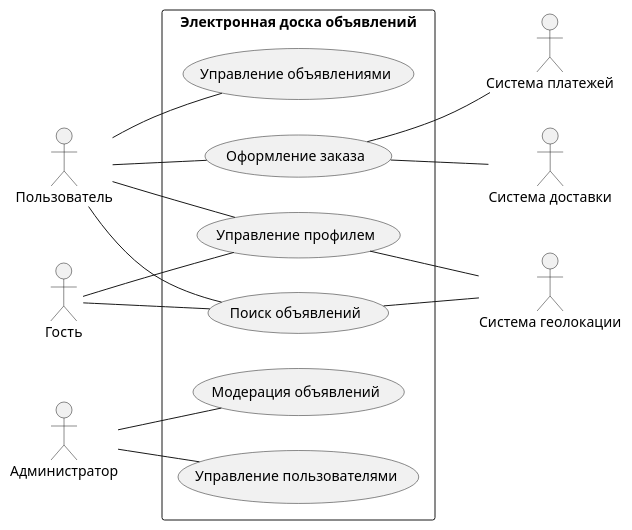
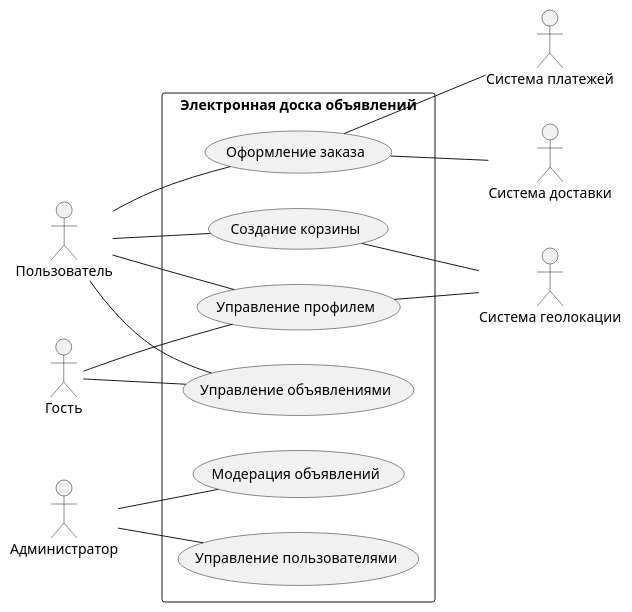
The diagram in Диаграмма прецедентов.md (penamarth/bsbo-02-23_team3_var13_messboard), drawn with PlantUML before and after one commit.

Commit message:
Update Диаграмма прецедентов

````diff
--- a/Диаграмма прецедентов.md
+++ b/Диаграмма прецедентов.md
@@ -1,32 +1,32 @@
 ```plantuml
 @startuml
 skinparam packageStyle rect
 left to right direction
 
 :Пользователь:
 :Администратор:
 :Гость:
 :Система доставки:
 :Система платежей:
 :Система геолокации:
 
 package "Электронная доска объявлений" {
 
-:Гость: -- (Поиск объявлений)
+:Гость: -- (Управление объявлениями)
 :Гость: -- (Управление профилем)
 
-:Пользователь: -- (Поиск объявлений)
+:Пользователь: -- (Создание корзины)
 :Пользователь: -- (Оформление заказа)
 :Пользователь: -- (Управление профилем)
 :Пользователь: -- (Управление объявлениями)
 
 :Администратор: -- (Модерация объявлений)
 :Администратор: -- (Управление пользователями)
 
 (Оформление заказа) -- :Система платежей: 
 (Оформление заказа) -- :Система доставки:
-(Поиск объявлений) -- :Система геолокации:
+(Создание корзины) -- :Система геолокации:
 (Управление профилем) -- :Система геолокации:
 }
 @enduml
 ```
````
